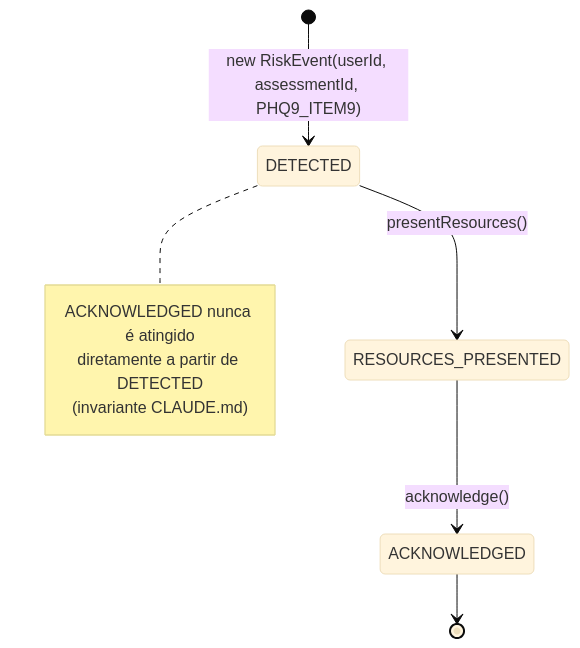
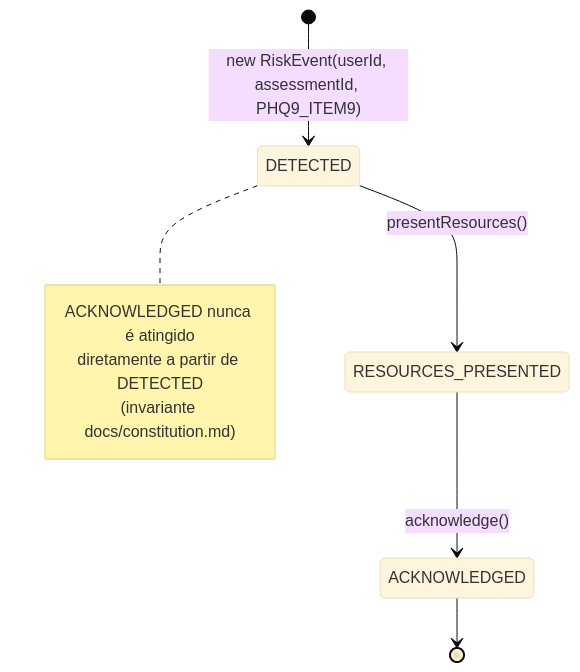
One commit to Nokz22/Lumen changed the second of 3 diagrams in docs/diagrams/crisis-flow-state-machine.md. Above: the diagram before and after it, drawn with Mermaid (base theme). The commit also changed 17 other files, not shown here.

````diff
--- a/docs/diagrams/crisis-flow-state-machine.md
+++ b/docs/diagrams/crisis-flow-state-machine.md
@@ -16,13 +16,13 @@
 ```mermaid
 stateDiagram-v2
     [*] --> DETECTED: new RiskEvent(userId, assessmentId, PHQ9_ITEM9)
     DETECTED --> RESOURCES_PRESENTED: presentResources()
     RESOURCES_PRESENTED --> ACKNOWLEDGED: acknowledge()
     ACKNOWLEDGED --> [*]
 
     note right of DETECTED
         ACKNOWLEDGED nunca é atingido
         diretamente a partir de DETECTED
-        (invariante CLAUDE.md)
+        (invariante docs/constitution.md)
     end note
 ```
````
